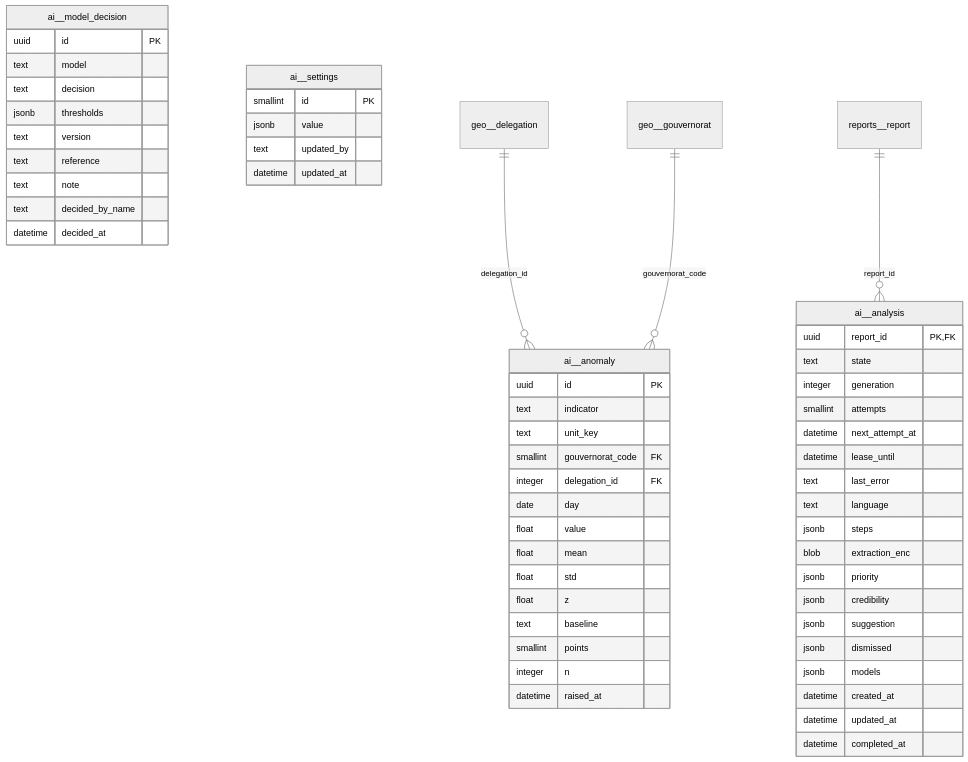
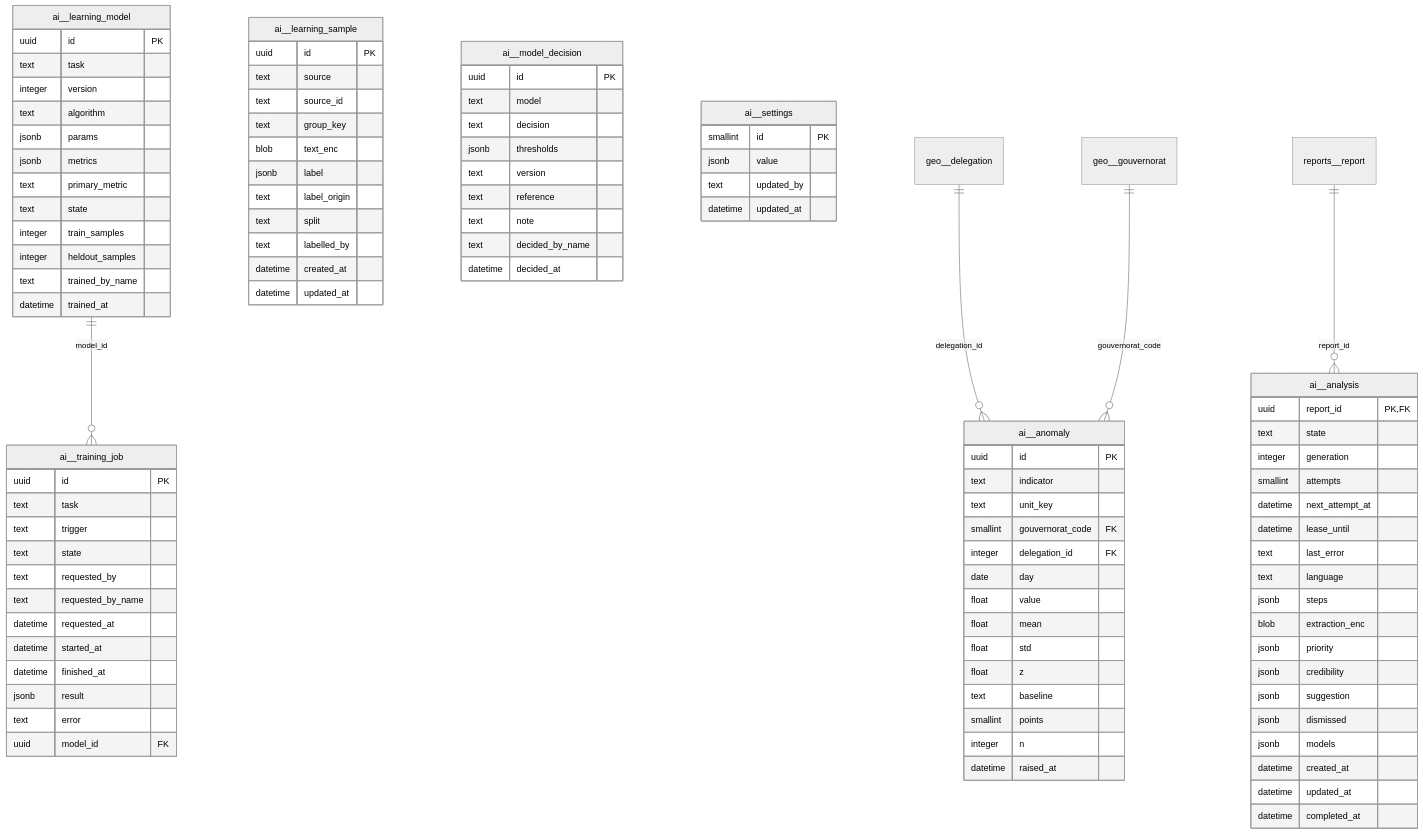
The second of 31 diagrams in docs/erd.md (mouhabouk/E-HIMAYA), drawn with Mermaid (neutral theme) before and after one commit. The commit also changed 34 other files, not shown here.

First line of the commit message:
Self-learning from report texts: training centre for the system administrator

```diff
--- a/docs/erd.md
+++ b/docs/erd.md
@@ -67,6 +67,33 @@
         integer n
         datetime raised_at
     }
+    ai__learning_model {
+        uuid id PK
+        text task
+        integer version
+        text algorithm
+        jsonb params
+        jsonb metrics
+        text primary_metric
+        text state
+        integer train_samples
+        integer heldout_samples
+        text trained_by_name
+        datetime trained_at
+    }
+    ai__learning_sample {
+        uuid id PK
+        text source
+        text source_id
+        text group_key
+        blob text_enc
+        jsonb label
+        text label_origin
+        text split
+        text labelled_by
+        datetime created_at
+        datetime updated_at
+    }
     ai__model_decision {
         uuid id PK
         text model
@@ -84,6 +111,21 @@
         text updated_by
         datetime updated_at
     }
+    ai__training_job {
+        uuid id PK
+        text task
+        text trigger
+        text state
+        text requested_by
+        text requested_by_name
+        datetime requested_at
+        datetime started_at
+        datetime finished_at
+        jsonb result
+        text error
+        uuid model_id FK
+    }
+    ai__learning_model ||--o{ ai__training_job : "model_id"
     geo__delegation ||--o{ ai__anomaly : "delegation_id"
     geo__gouvernorat ||--o{ ai__anomaly : "gouvernorat_code"
     reports__report ||--o{ ai__analysis : "report_id"
```
